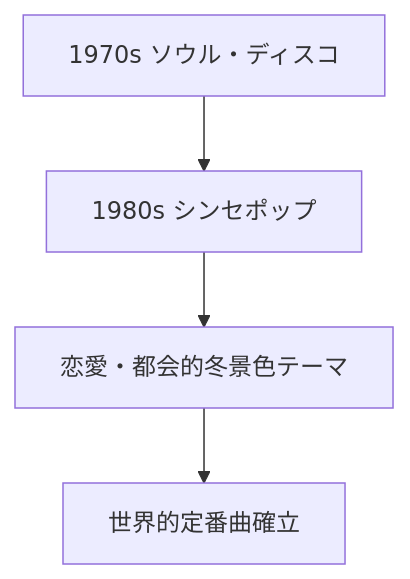
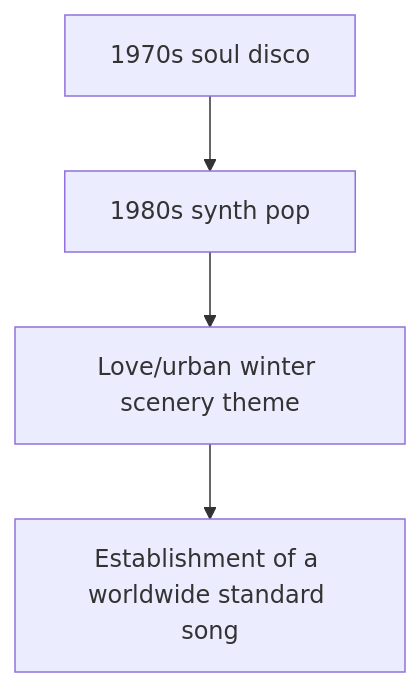
Before and after one commit to monumental-movement/monumental-movement.github.io: the fourth of 6 diagrams in en/_posts/2025-11-16-column-christmas-songs-history.md, drawn with Mermaid. The commit also changed other lines of this file and 152 other files, not shown here.

```diff
--- a/en/_posts/2025-11-16-column-christmas-songs-history.md
+++ b/en/_posts/2025-11-16-column-christmas-songs-history.md
@@ -148,8 +148,8 @@
 <div class="mermaid">
 
 graph TD
-A[1970s ソウル・ディスコ] --> B[1980s シンセポップ]
-B --> C[恋愛・都会的冬景色テーマ]
-C --> D[世界的定番曲確立]
+A[1970s soul disco] --> B[1980s synth pop]
+B --> C[Love/urban winter scenery theme]
+C --> D[Establishment of a worldwide standard song]
 
 </div>
```
